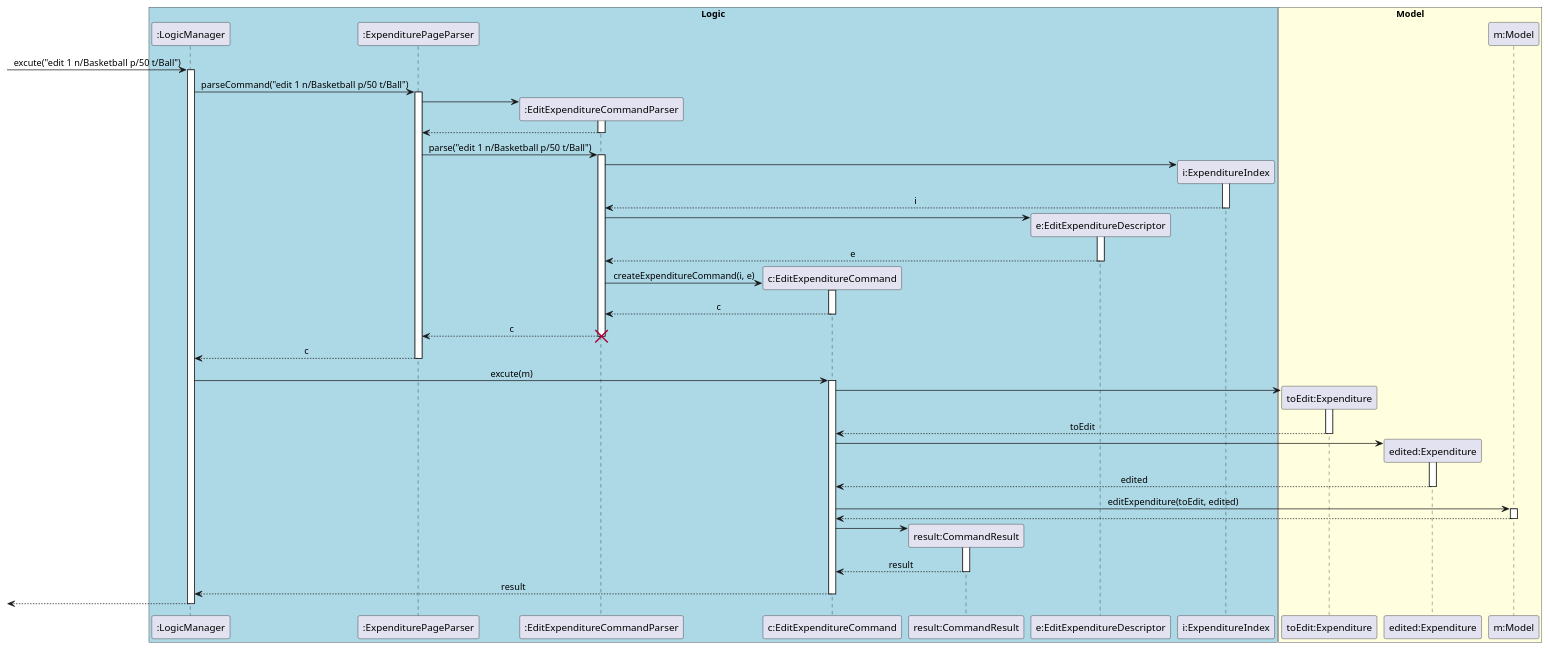
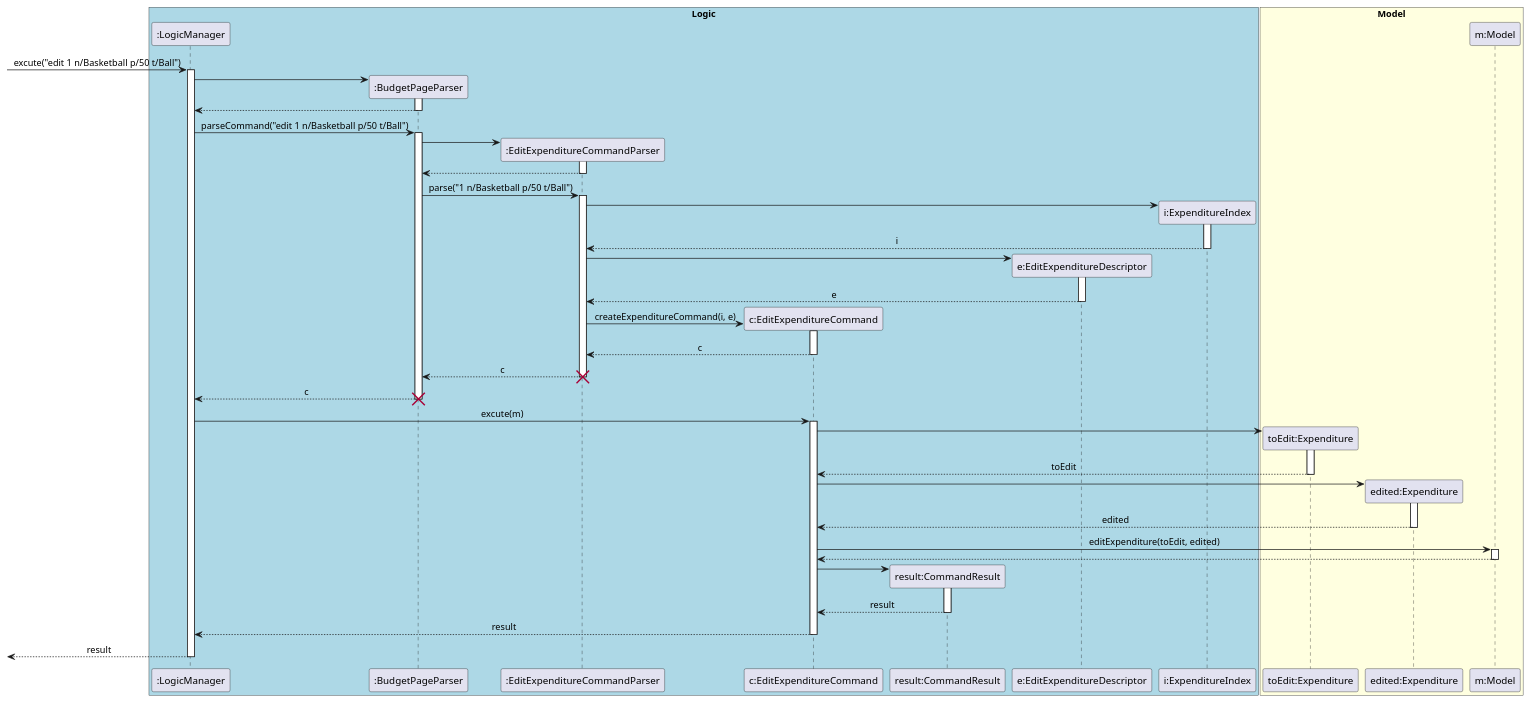
One commit to yu-ming-chen/tp changed the diagram in docs/diagrams/commandsPlantUML/EditExpenditureCommand.puml. Above: the diagram before and after it, drawn with PlantUML. The commit also changed 7 other files, not shown here.

Commit message:
Update Sequence Diagrams

```diff
--- a/docs/diagrams/commandsPlantUML/EditExpenditureCommand.puml
+++ b/docs/diagrams/commandsPlantUML/EditExpenditureCommand.puml
@@ -1,88 +1,94 @@
 @startuml
 skinparam Sequence {
     MessageAlign center
 }
 box "Logic" #LightBlue
 participant ":LogicManager" as LM
-participant ":ExpenditurePageParser" as EPP
+participant ":BudgetPageParser" as BPP
 participant ":EditExpenditureCommandParser" as EECP
 participant "c:EditExpenditureCommand" as EEC
 participant "result:CommandResult" as CR
 participant "e:EditExpenditureDescriptor" as EED
 participant "i:ExpenditureIndex" as EI
 end box
 
 box "Model" #LightYellow
 participant "toEdit:Expenditure" as toEditExpenditure
 participant "edited:Expenditure" as editedExpenditure
 participant "m:Model" as M
 end box
 
 [-> LM : excute("edit 1 n/Basketball p/50 t/Ball")
 activate LM
-LM -> EPP : parseCommand("edit 1 n/Basketball p/50 t/Ball")
-activate EPP
+create BPP
+LM -> BPP
+activate BPP
+LM <-- BPP
+deactivate BPP
+LM -> BPP : parseCommand("edit 1 n/Basketball p/50 t/Ball")
+activate BPP
 
 create EECP
-EPP -> EECP
+BPP -> EECP
 activate EECP
-EPP <-- EECP
+BPP <-- EECP
 deactivate EECP
-EPP -> EECP : parse("edit 1 n/Basketball p/50 t/Ball")
+BPP -> EECP : parse("1 n/Basketball p/50 t/Ball")
 activate EECP
 
 create EI
 EECP -> EI
 activate EI
 EECP <-- EI : i
 deactivate EI
 
 create EED
 EECP -> EED
 activate EED
 EECP <-- EED : e
 deactivate EED
 
 create EEC
 EECP -> EEC : createExpenditureCommand(i, e)
 activate EEC
 EECP <-- EEC : c
 deactivate EEC
-EPP <-- EECP : c
+BPP <-- EECP : c
 destroy EECP
 
 deactivate EECP
-LM <-- EPP : c
-deactivate EPP
+LM <-- BPP : c
+deactivate BPP
+destroy BPP
 
 LM -> EEC: excute(m)
 activate EEC
 create toEditExpenditure
 EEC -> toEditExpenditure
 activate toEditExpenditure
 EEC <-- toEditExpenditure : toEdit
 deactivate toEditExpenditure
 
 create editedExpenditure
 EEC -> editedExpenditure
 activate editedExpenditure
 EEC <-- editedExpenditure : edited
 deactivate editedExpenditure
 
 EEC -> M : editExpenditure(toEdit, edited)
 activate M
 EEC <-- M
 deactivate M
 
 create CR
 EEC -> CR
 activate CR
 EEC <-- CR : result
 deactivate CR
 
-LM <-- EEC: result
+LM <-- EEC : result
 deactivate EEC
-[<-- LM
+[<-- LM : result
 deactivate LM
 
 @enduml
```
